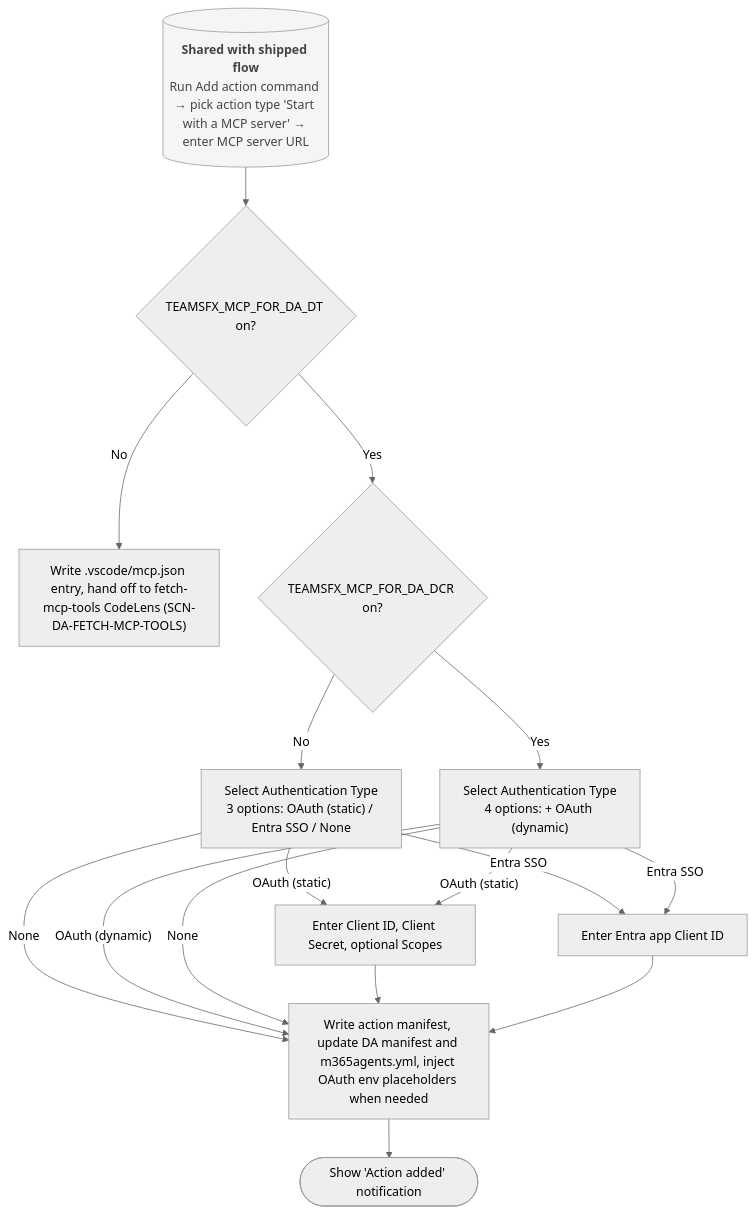
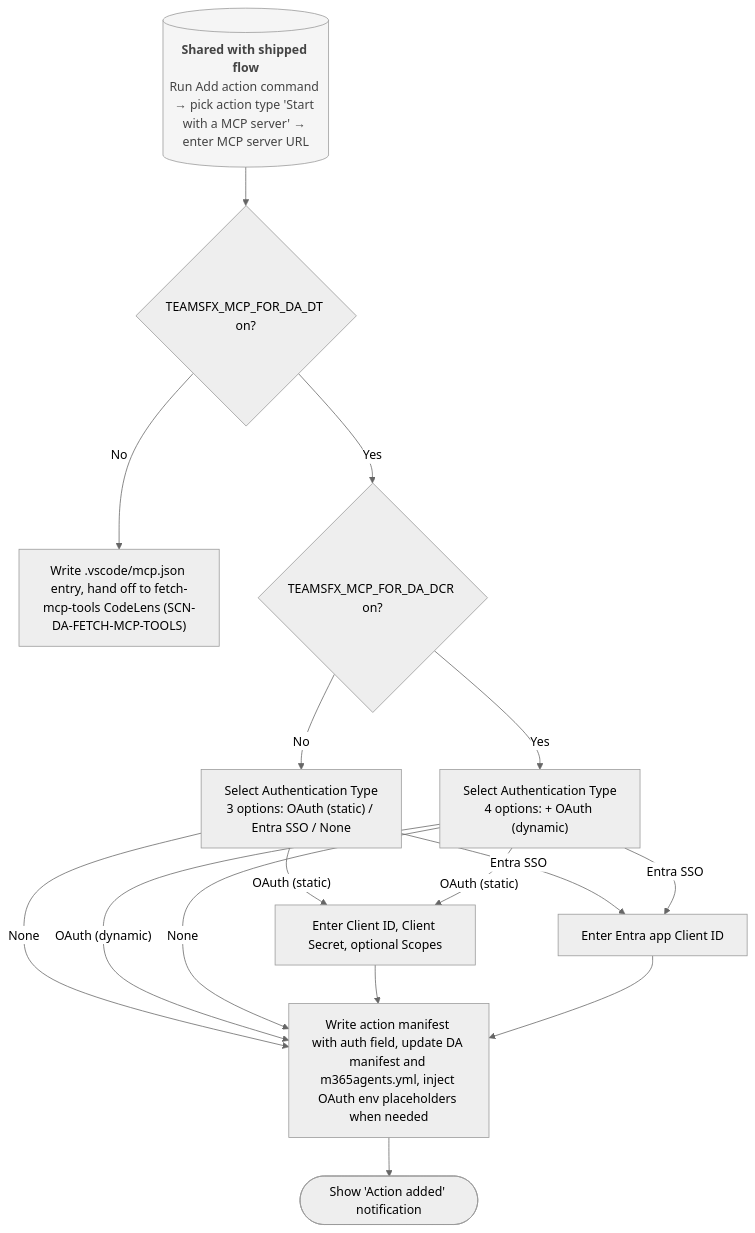
One commit to OfficeDev/microsoft-365-agents-toolkit changed the first of 3 diagrams in docs/01-product/scenarios/da/draft/add-mcp-action-to-da.md. Above: the diagram before and after it, drawn with Mermaid (neutral theme). The commit also changed other lines of this file and 7 other files, not shown here.

````diff
--- a/docs/01-product/scenarios/da/draft/add-mcp-action-to-da.md
+++ b/docs/01-product/scenarios/da/draft/add-mcp-action-to-da.md
@@ -71,21 +72,22 @@
 ```mermaid
 flowchart TD
   Preamble[("<b>Shared with shipped flow</b><br/>Run Add action command &rarr; pick action type 'Start with a MCP server' &rarr; enter MCP server URL")] --> DtGate{TEAMSFX_MCP_FOR_DA_DT on?}
   DtGate -- No --> LegacyHandoff["Write .vscode/mcp.json entry, hand off to fetch-mcp-tools CodeLens (SCN-DA-FETCH-MCP-TOOLS)"]
   DtGate -- Yes --> DcrGate{TEAMSFX_MCP_FOR_DA_DCR on?}
   DcrGate -- No --> SelectAuth3["Select Authentication Type<br/>3 options: OAuth (static) / Entra SSO / None"]
   DcrGate -- Yes --> SelectAuth4["Select Authentication Type<br/>4 options: + OAuth (dynamic)"]
   SelectAuth3 -- None --> WriteFiles
   SelectAuth3 -- "OAuth (static)" --> StaticFields["Enter Client ID, Client Secret, optional Scopes"]
   SelectAuth3 -- "Entra SSO" --> SsoFields[Enter Entra app Client ID]
   SelectAuth4 -- "OAuth (dynamic)" --> WriteFiles
   SelectAuth4 -- None --> WriteFiles
   SelectAuth4 -- "OAuth (static)" --> StaticFields
   SelectAuth4 -- "Entra SSO" --> SsoFields
-  StaticFields --> WriteFiles[Write action manifest, update DA manifest and m365agents.yml, inject OAuth env placeholders when needed]
+  StaticFields --> WriteFiles
   SsoFields --> WriteFiles
+  WriteFiles[Write action manifest with auth field, update DA manifest and m365agents.yml, inject OAuth env placeholders when needed]
   WriteFiles --> Success([Show 'Action added' notification])
 
   classDef shared fill:#f5f5f5,stroke:#999,color:#444
   class Preamble shared
 ```
````
